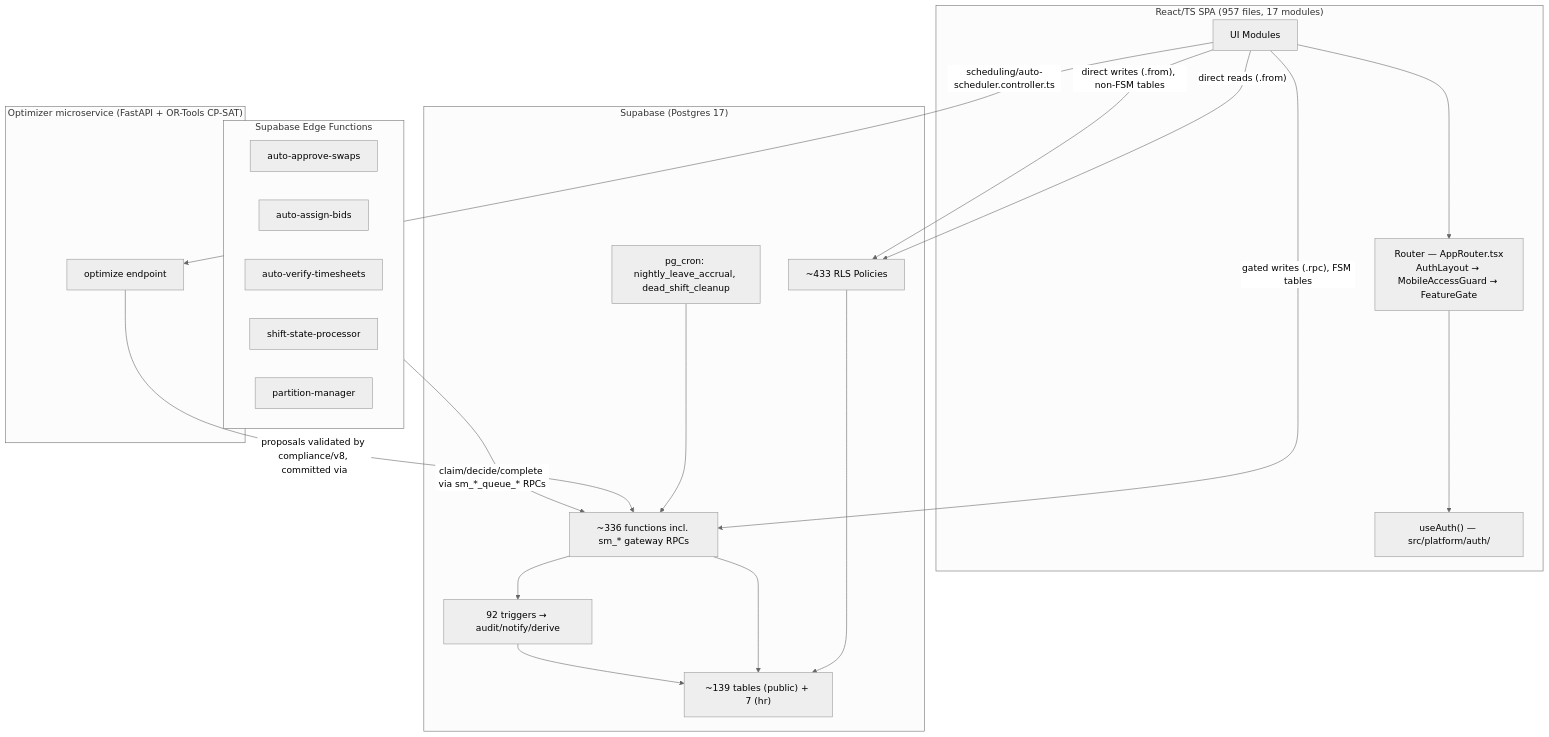
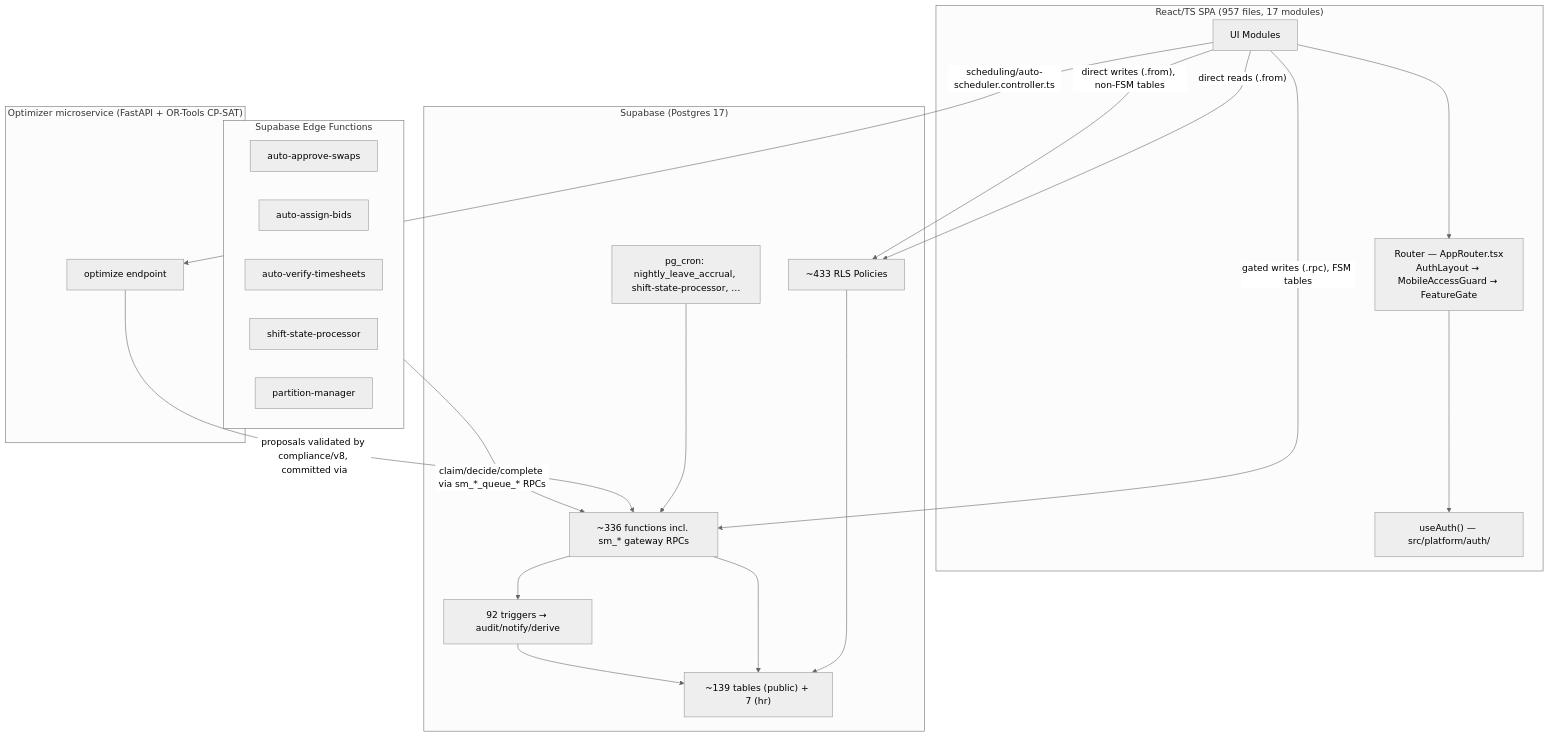
One commit to VinayakKuanr-UNSW/Shiftopia changed the first of 10 diagrams in docs/rulebook/02-architecture.md. Above: the diagram before and after it, drawn with Mermaid (neutral theme). The commit also changed 5 other files, not shown here.

First line of the commit message:
chore(db): drop dead data tables and the two cron jobs failing since April

````diff
--- a/docs/rulebook/02-architecture.md
+++ b/docs/rulebook/02-architecture.md
@@ -7,41 +7,41 @@
 ```mermaid
 graph TB
     subgraph Client["React/TS SPA (957 files, 17 modules)"]
         UI[UI Modules]
         Router["Router — AppRouter.tsx<br/>AuthLayout → MobileAccessGuard → FeatureGate"]
         AuthHook["useAuth() — src/platform/auth/"]
     end
 
     subgraph Supabase["Supabase (Postgres 17)"]
         RLS["~433 RLS Policies"]
         Tables["~139 tables (public) + 7 (hr)"]
         RPCs["~336 functions incl. sm_* gateway RPCs"]
         Triggers["92 triggers → audit/notify/derive"]
-        Cron["pg_cron: nightly_leave_accrual, dead_shift_cleanup"]
+        Cron["pg_cron: nightly_leave_accrual, shift-state-processor, …"]
     end
 
     subgraph EdgeFn["Supabase Edge Functions"]
         AutoSwap[auto-approve-swaps]
         AutoBid[auto-assign-bids]
         AutoTS[auto-verify-timesheets]
         StateProc[shift-state-processor]
         PartMgr[partition-manager]
     end
 
     subgraph Optimizer["Optimizer microservice (FastAPI + OR-Tools CP-SAT)"]
         OptAPI[optimize endpoint]
     end
 
     UI --> Router --> AuthHook
     UI -- "direct reads (.from)" --> RLS
     UI -- "direct writes (.from), non-FSM tables" --> RLS
     UI -- "gated writes (.rpc), FSM tables" --> RPCs
     RLS --> Tables
     RPCs --> Tables
     RPCs --> Triggers
     Triggers --> Tables
     Cron --> RPCs
     EdgeFn -- "claim/decide/complete via sm_*_queue_* RPCs" --> RPCs
     UI -- "scheduling/auto-scheduler.controller.ts" --> OptAPI
     OptAPI -- "proposals validated by compliance/v8, committed via" --> RPCs
 ```
````
